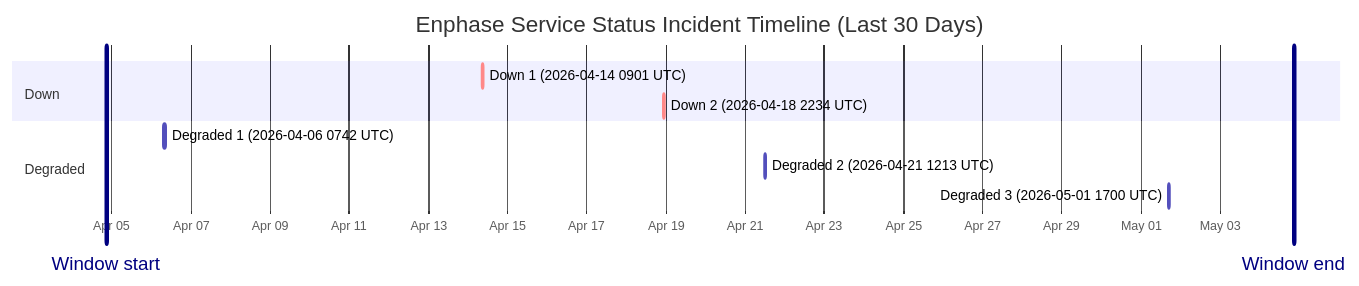
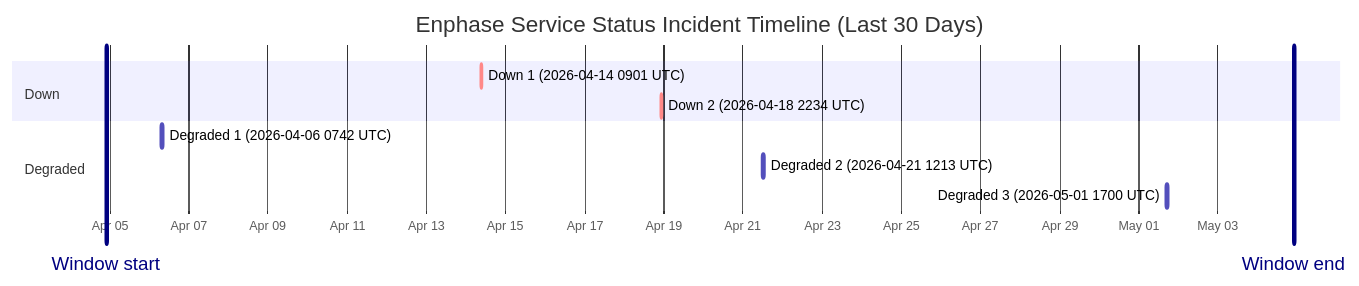
Before and after one commit to barneyonline/ha-enphase-ev-charger: the diagram in wiki/Service-Status-History.md, drawn with Mermaid. The commit also changed other lines of this file and 3 other files, not shown here.

````diff
--- a/wiki/Service-Status-History.md
+++ b/wiki/Service-Status-History.md
@@ -14,15 +14,15 @@
 ```mermaid
 gantt
     title Enphase Service Status Incident Timeline (Last 30 Days)
     dateFormat  YYYY-MM-DDTHH:mm:ss
     axisFormat  %b %d
-    Window start :vert, window-start, 2026-04-04T20:46:53, 0ms
-    Window end :vert, window-end, 2026-05-04T20:46:53, 0ms
+    Window start :vert, window-start, 2026-04-04T21:59:35, 0ms
+    Window end :vert, window-end, 2026-05-04T21:59:35, 0ms
     section Down
     Down 1 (2026-04-14 0901 UTC) :crit, down-1, 2026-04-14T09:01:13, 60m
     Down 2 (2026-04-18 2234 UTC) :crit, down-2, 2026-04-18T22:34:13, 60m
     section Degraded
     Degraded 1 (2026-04-06 0742 UTC) :active, degraded-1, 2026-04-06T07:42:09, 85m
     Degraded 2 (2026-04-21 1213 UTC) :active, degraded-2, 2026-04-21T12:13:11, 60m
     Degraded 3 (2026-05-01 1700 UTC) :active, degraded-3, 2026-05-01T17:00:22, 60m
 ```
````
